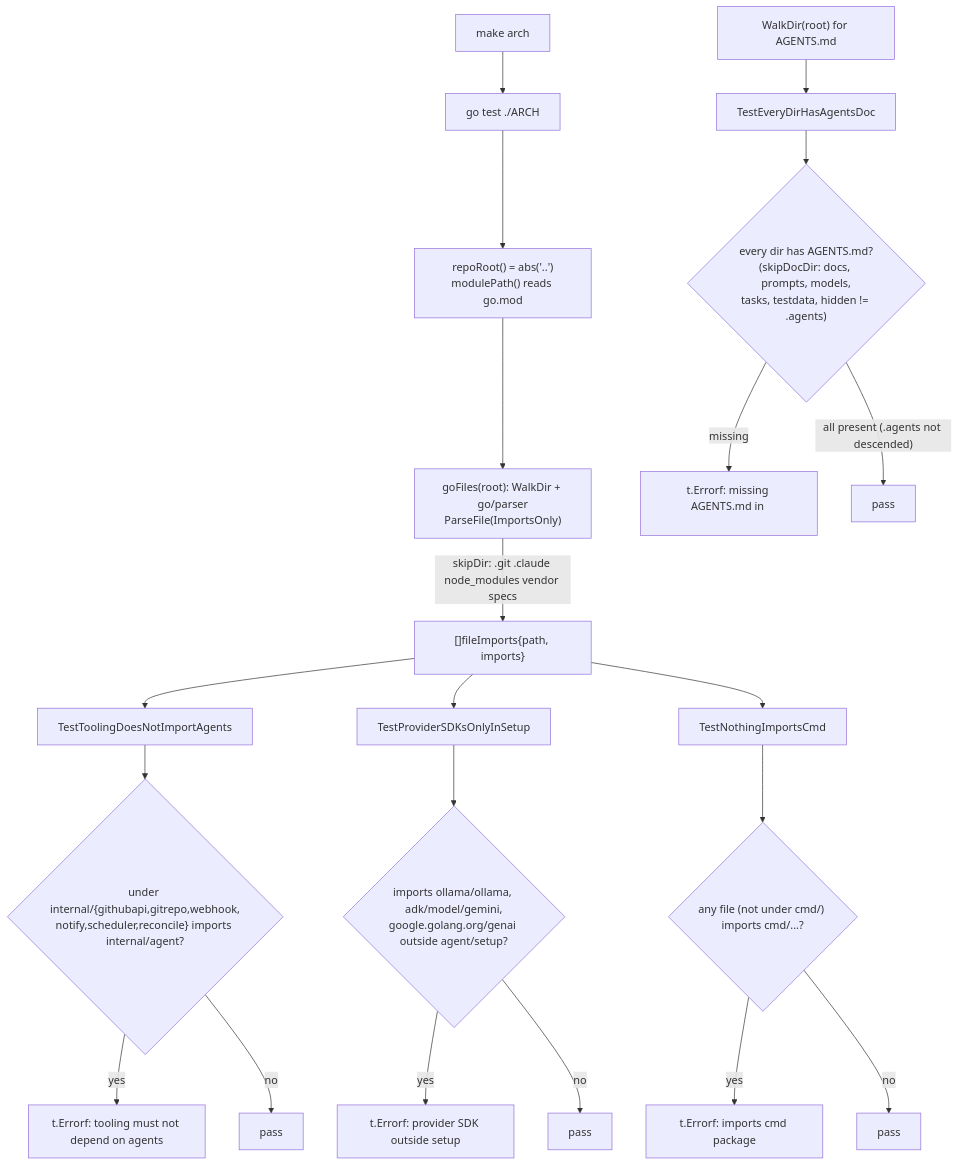
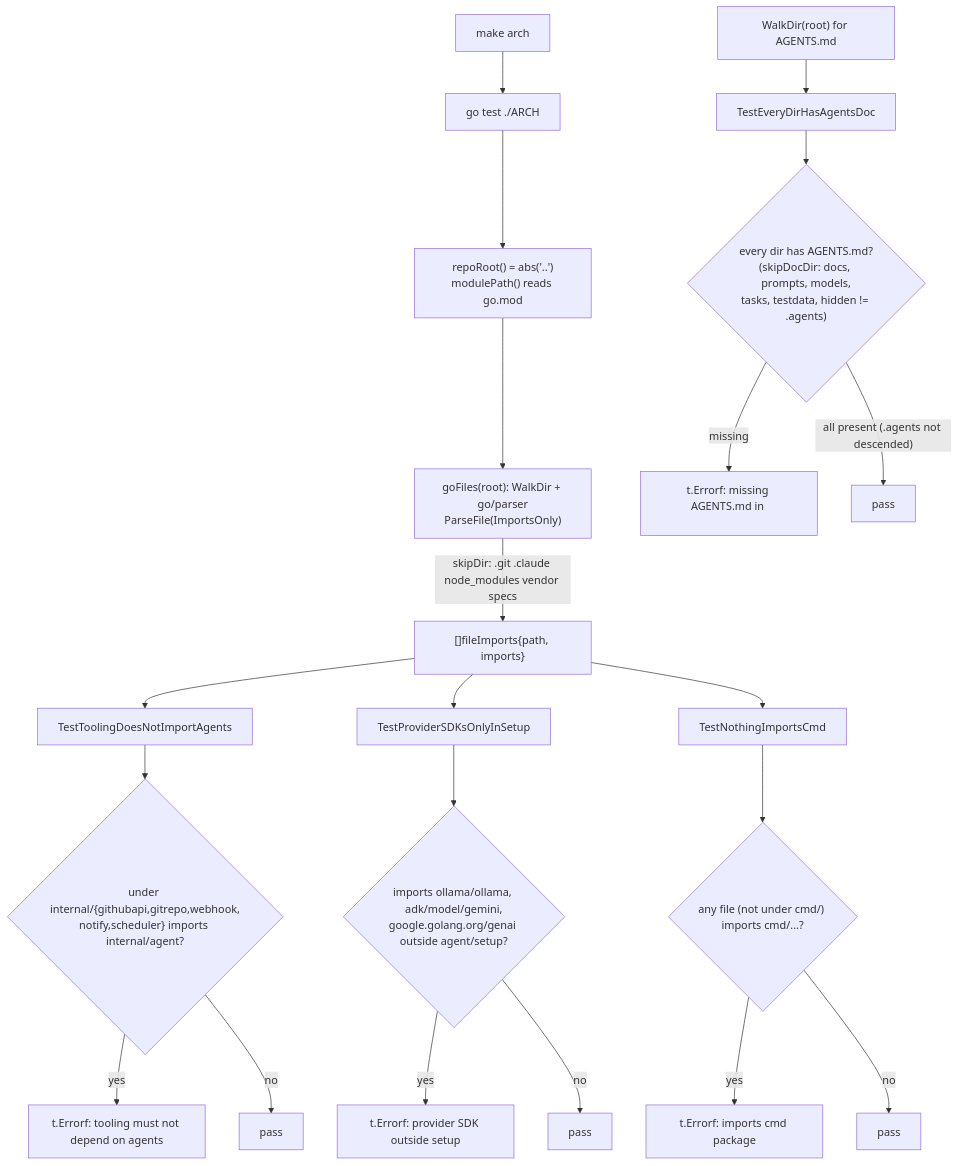
Before and after one commit to jkjamies/automation-agent: the diagram in ARCH/AGENTS.md, drawn with Mermaid. The commit also changed other lines of this file and 13 other files, not shown here.

````diff
--- a/ARCH/AGENTS.md
+++ b/ARCH/AGENTS.md
@@ -8,28 +8,28 @@
 ```mermaid
 flowchart TD
     Make["make arch"] --> Run["go test ./ARCH"]
     Run --> Helpers["repoRoot() = abs('..')<br/>modulePath() reads go.mod"]
     Helpers --> Walk["goFiles(root): WalkDir + go/parser<br/>ParseFile(ImportsOnly)"]
     Walk -->|"skipDir: .git .claude node_modules vendor specs"| FI["[]fileImports{path, imports}"]
 
     FI --> T1["TestToolingDoesNotImportAgents"]
     FI --> T2["TestProviderSDKsOnlyInSetup"]
     FI --> T3["TestNothingImportsCmd"]
     Root["WalkDir(root) for AGENTS.md"] --> T4["TestEveryDirHasAgentsDoc"]
 
-    T1 --> C1{"under internal/{githubapi,gitrepo,webhook,<br/>notify,scheduler,reconcile} imports internal/agent?"}
+    T1 --> C1{"under internal/{githubapi,gitrepo,webhook,<br/>notify,scheduler} imports internal/agent?"}
     C1 -->|yes| F1["t.Errorf: tooling must not depend on agents"]
     C1 -->|no| OK1["pass"]
 
     T2 --> C2{"imports ollama/ollama, adk/model/gemini,<br/>google.golang.org/genai outside agent/setup?"}
     C2 -->|yes| F2["t.Errorf: provider SDK outside setup"]
     C2 -->|no| OK2["pass"]
 
     T3 --> C3{"any file (not under cmd/) imports cmd/...?"}
     C3 -->|yes| F3["t.Errorf: imports cmd package"]
     C3 -->|no| OK3["pass"]
 
     T4 --> C4{"every dir has AGENTS.md?<br/>(skipDocDir: docs, prompts, models,<br/>tasks, testdata, hidden != .agents)"}
     C4 -->|missing| F4["t.Errorf: missing AGENTS.md in <dir>"]
     C4 -->|"all present (.agents not descended)"| OK4["pass"]
 ```
````
